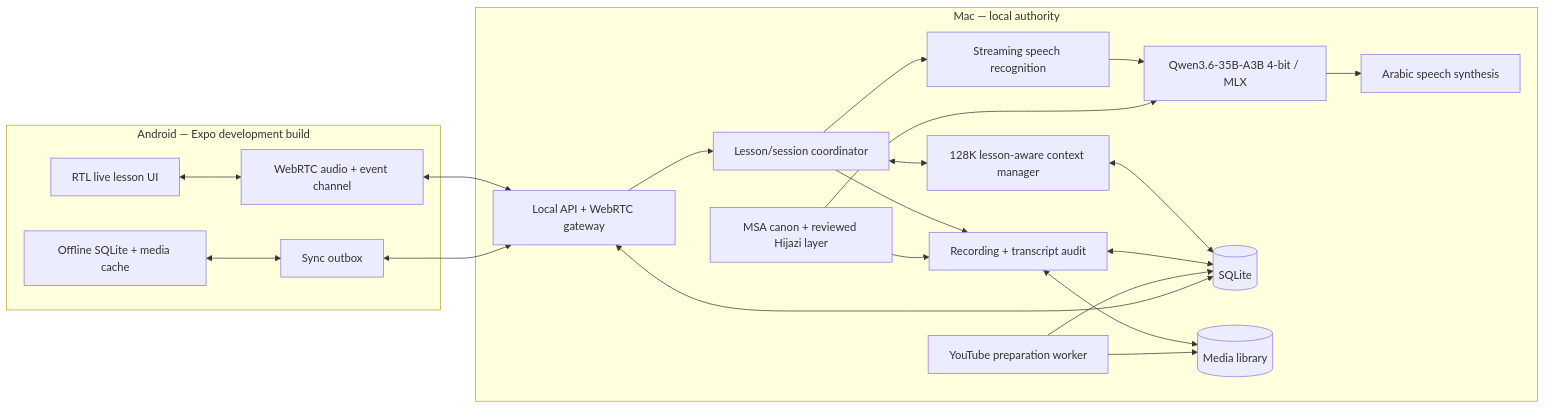
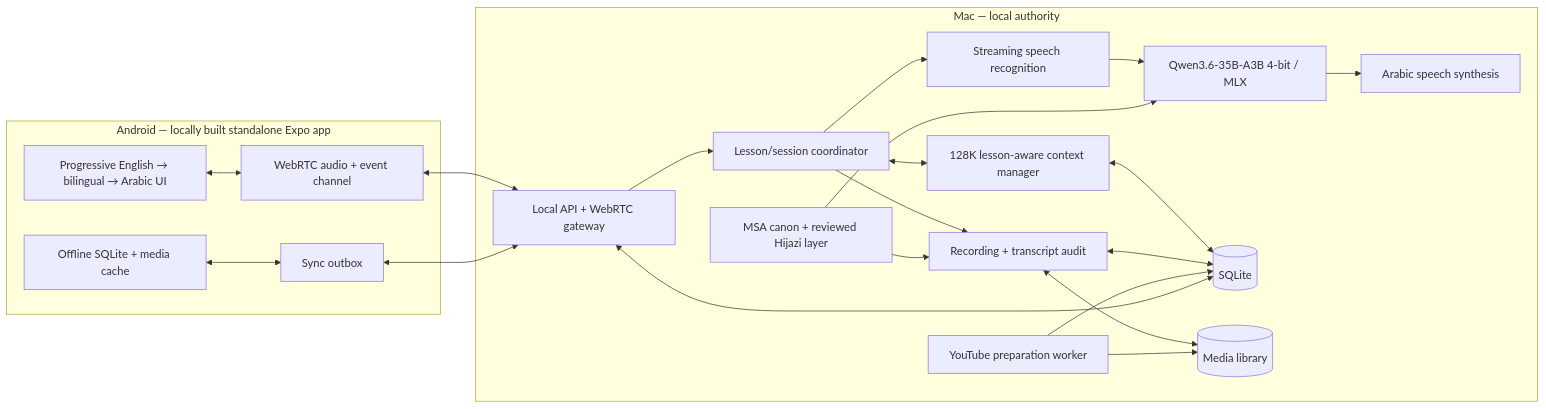
Before and after one commit to AIMDaAlien/Obsidian-Vault: the diagram in Projects/Local Language Engine/01 - Architecture and Implementation Plan.md, drawn with Mermaid. The commit also changed other lines of this file and 8 other files, not shown here.

````diff
--- a/Projects/Local Language Engine/01 - Architecture and Implementation Plan.md
+++ b/Projects/Local Language Engine/01 - Architecture and Implementation Plan.md
@@ -22,42 +22,42 @@
 ```mermaid
 flowchart LR
-    subgraph Android["Android — Expo development build"]
-        UI["RTL live lesson UI"]
+    subgraph Android["Android — locally built standalone Expo app"]
+        UI["Progressive English → bilingual → Arabic UI"]
         RTC["WebRTC audio + event channel"]
         Cache["Offline SQLite + media cache"]
         Outbox["Sync outbox"]
     end
 
     subgraph Mac["Mac — local authority"]
         Gateway["Local API + WebRTC gateway"]
         Session["Lesson/session coordinator"]
         ASR["Streaming speech recognition"]
         Tutor["Qwen3.6-35B-A3B 4-bit / MLX"]
         TTS["Arabic speech synthesis"]
         Audit["Recording + transcript audit"]
         Policy["MSA canon + reviewed Hijazi layer"]
         Context["128K lesson-aware context manager"]
         DB[("SQLite")]
         Media[("Media library")]
         Prep["YouTube preparation worker"]
     end
 
     UI <--> RTC
     RTC <--> Gateway
     Cache <--> Outbox
     Outbox <--> Gateway
     Gateway --> Session
     Session --> ASR
     ASR --> Tutor
     Tutor --> TTS
     Session <--> Context
     Context <--> DB
     Session --> Audit
     Audit <--> DB
     Audit <--> Media
     Policy --> Tutor
     Policy --> Audit
     Prep --> DB
     Prep --> Media
     Gateway <--> DB
 ```
````
